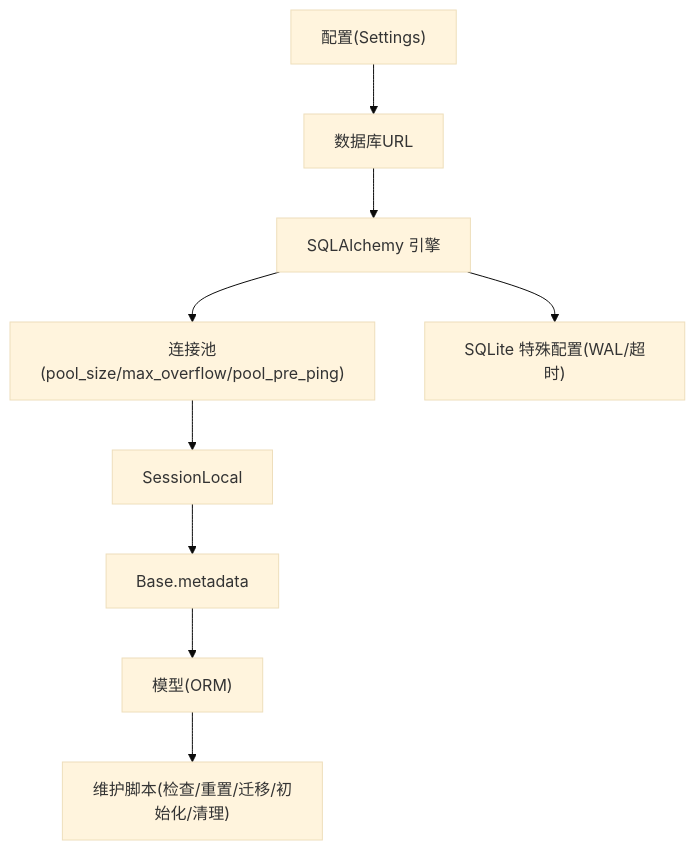
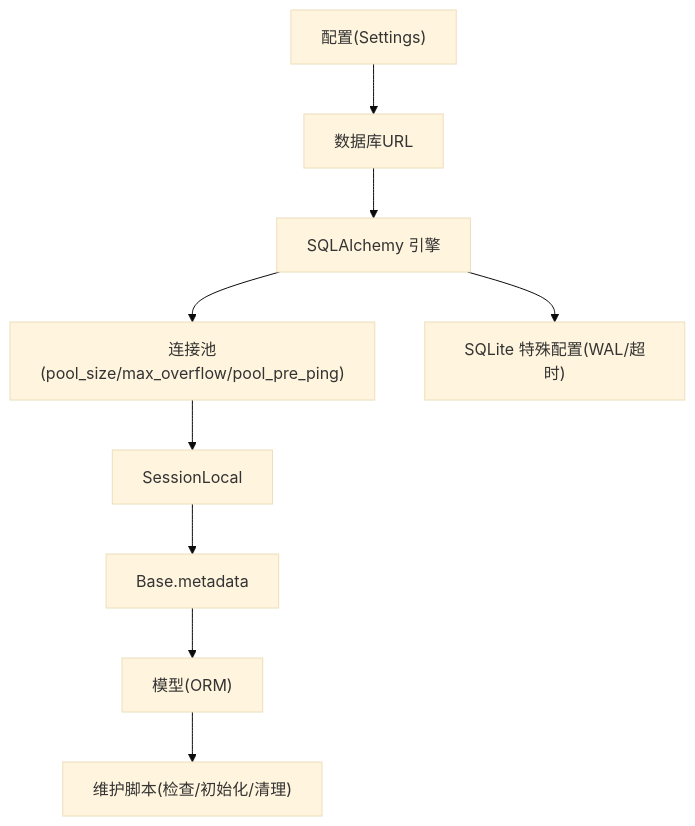
Before and after one commit to gujialind/InvestRing: the second of 9 diagrams in .qoder/repowiki/zh/content/故障排除与维护/数据库维护.md, drawn with Mermaid (base theme). The commit also changed other lines of this file and 6 other files, not shown here.

````diff
--- a/.qoder/repowiki/zh/content/故障排除与维护/数据库维护.md
+++ b/.qoder/repowiki/zh/content/故障排除与维护/数据库维护.md
@@ -122,11 +119,11 @@
 ```mermaid
 graph TB
 A["配置(Settings)"] --> B["数据库URL"]
 B --> C["SQLAlchemy 引擎"]
 C --> D["连接池(pool_size/max_overflow/pool_pre_ping)"]
 C --> E["SQLite 特殊配置(WAL/超时)"]
 D --> F["SessionLocal"]
 F --> G["Base.metadata"]
 G --> H["模型(ORM)"]
-H --> I["维护脚本(检查/重置/迁移/初始化/清理)"]
+H --> I["维护脚本(检查/初始化/清理)"]
 ```
````
